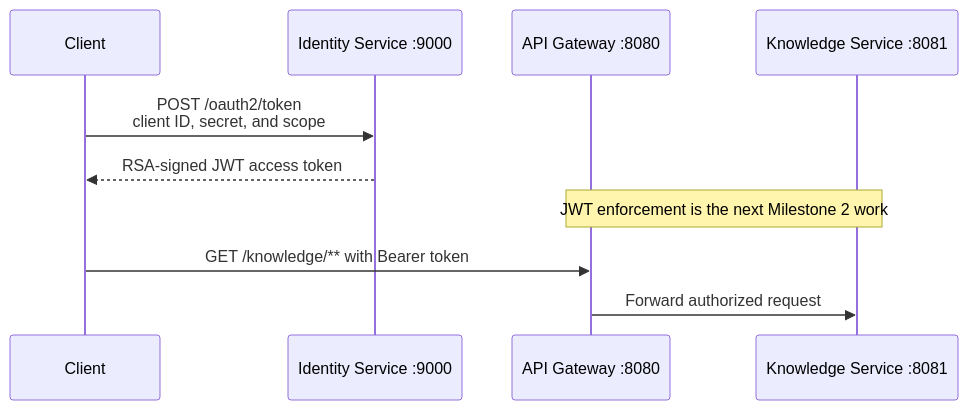
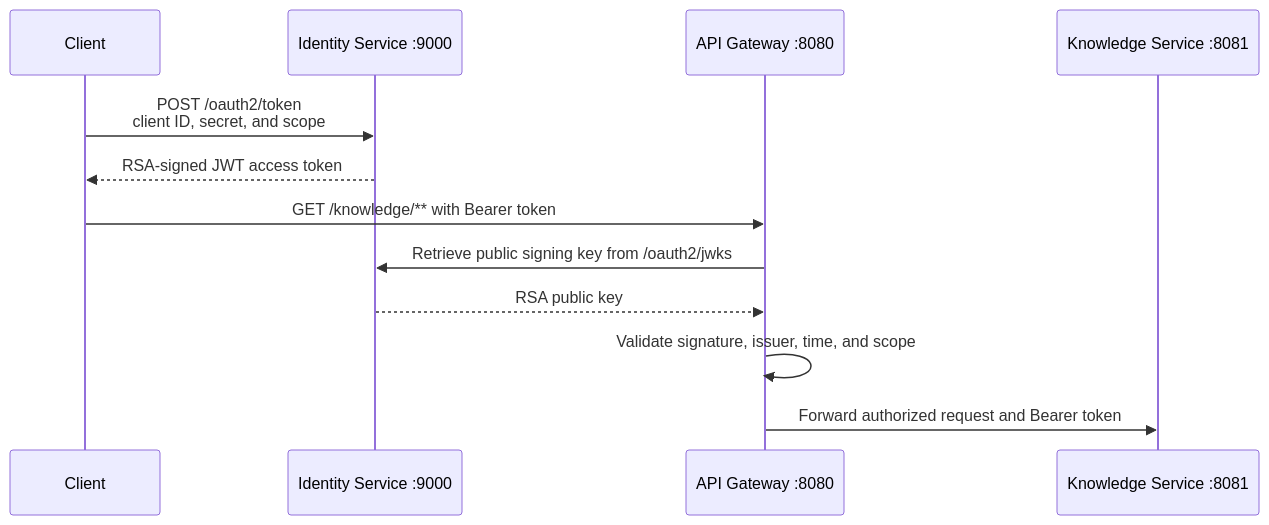
The diagram in docs/security.md (dkghosh2019/enterprise-ai-knowledge-platform), drawn with Mermaid before and after one commit. The commit also changed other lines of this file and 8 other files, not shown here.

Commit message:
feat: secure gateway with JWT validation

````diff
--- a/docs/security.md
+++ b/docs/security.md
@@ -11,13 +12,15 @@
 ```mermaid
 sequenceDiagram
     participant Client
     participant Identity as Identity Service :9000
     participant Gateway as API Gateway :8080
     participant Knowledge as Knowledge Service :8081
 
     Client->>Identity: POST /oauth2/token<br/>client ID, secret, and scope
     Identity-->>Client: RSA-signed JWT access token
-    Note over Gateway,Knowledge: JWT enforcement is the next Milestone 2 work
     Client->>Gateway: GET /knowledge/** with Bearer token
-    Gateway->>Knowledge: Forward authorized request
+    Gateway->>Identity: Retrieve public signing key from /oauth2/jwks
+    Identity-->>Gateway: RSA public key
+    Gateway->>Gateway: Validate signature, issuer, time, and scope
+    Gateway->>Knowledge: Forward authorized request and Bearer token
 ```
````
